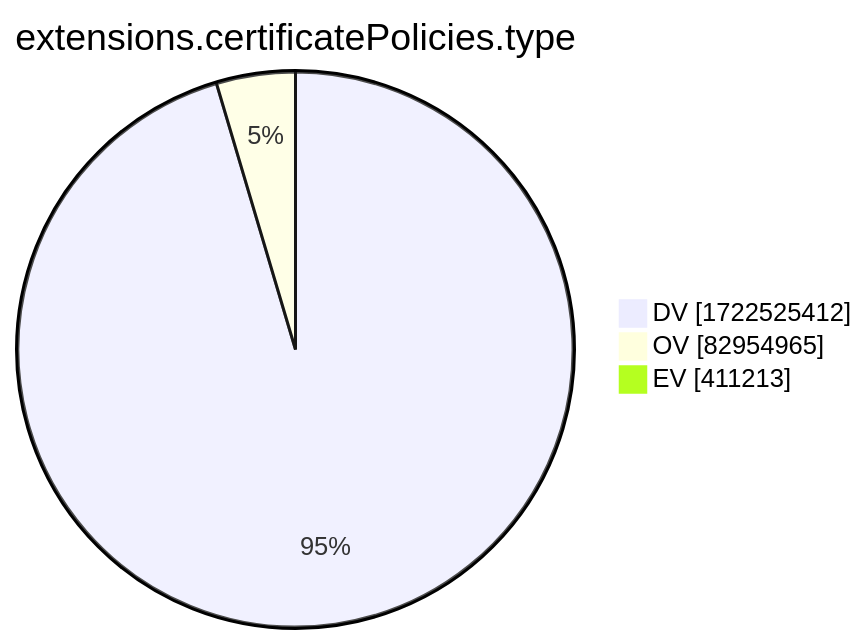
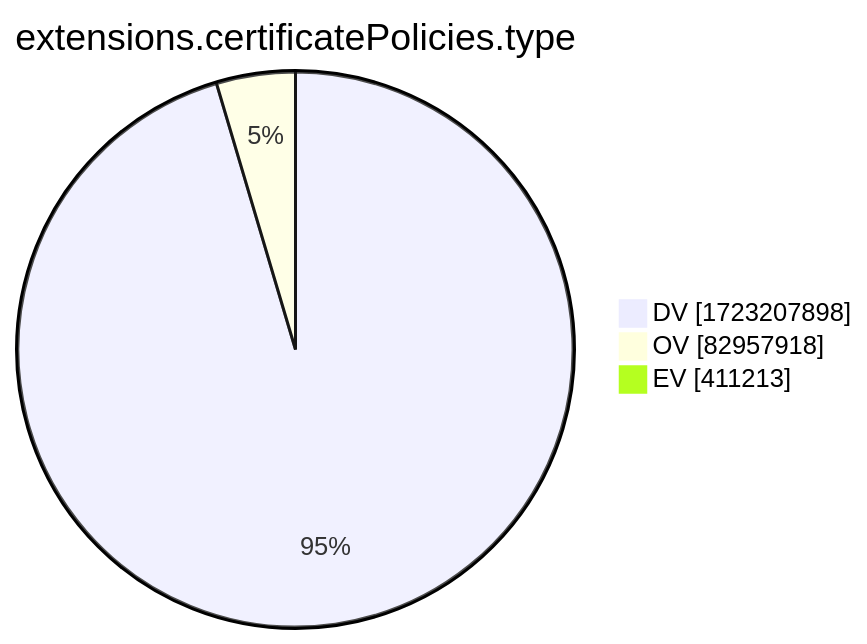
One commit to christiankrug/ctmonitor_visualization changed the tenth of 15 diagrams in xenon2022/README.md. Above: the diagram before and after it, drawn with Mermaid. The commit also changed other lines of this file, not shown here.

````diff
--- a/xenon2022/README.md
+++ b/xenon2022/README.md
@@ -2881,7 +2881,7 @@
 ```mermaid
 pie showData
 title extensions.certificatePolicies.type
-"DV" :1722525412
-"OV" :82954965
+"DV" :1723207898
+"OV" :82957918
 "EV" :411213
 ```
````
